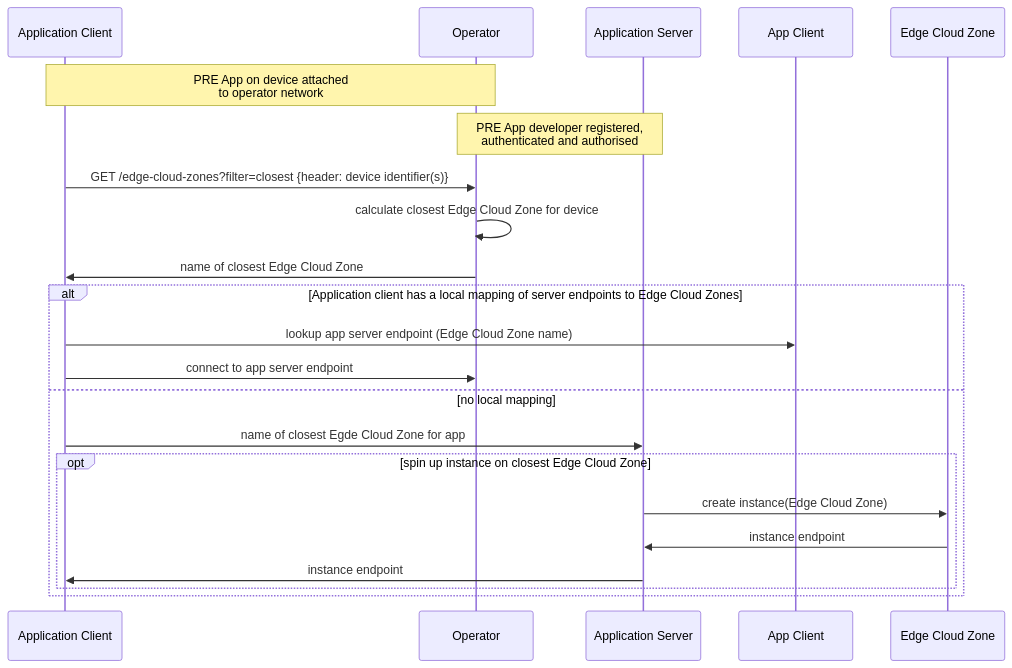
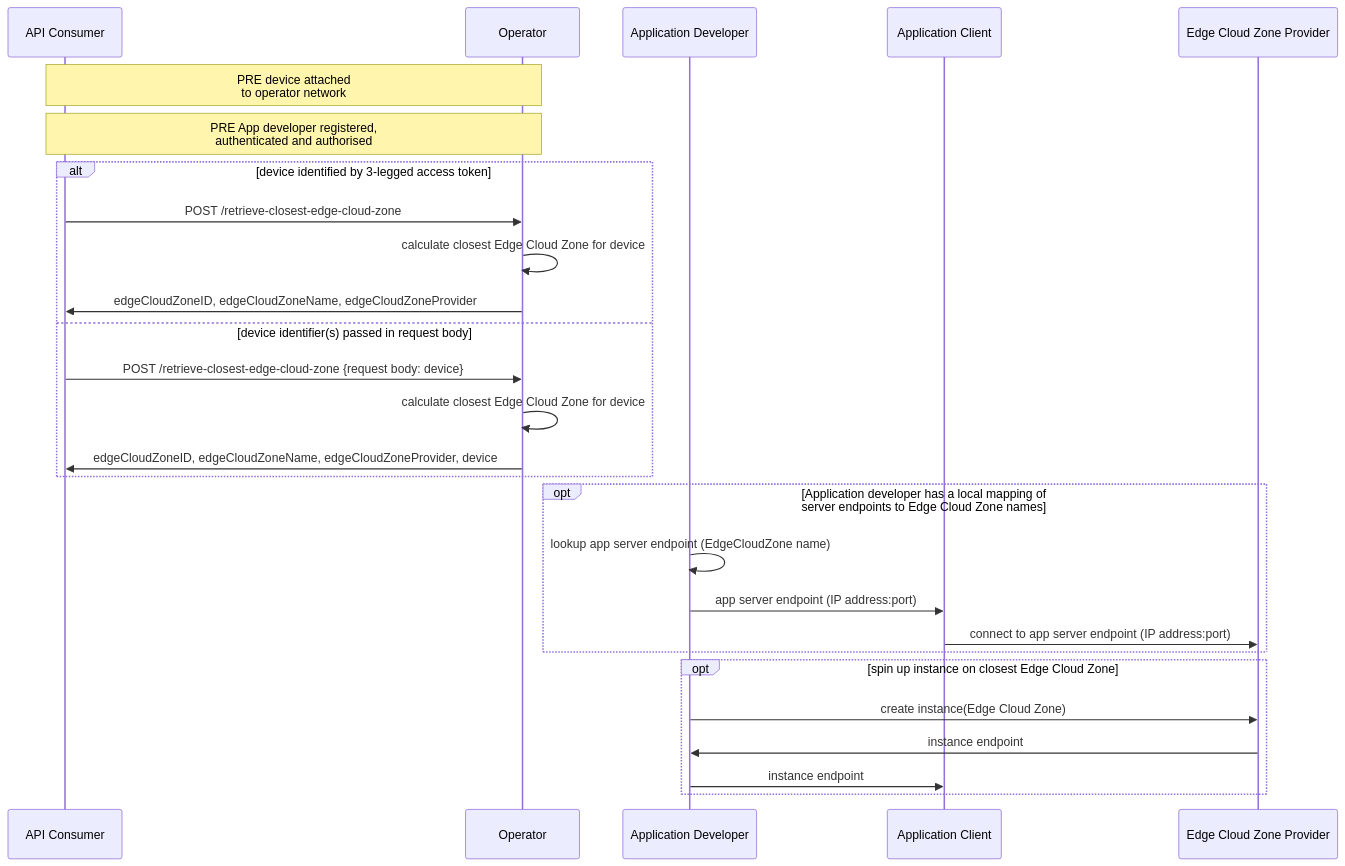
Before and after one commit to camaraproject/SimpleEdgeDiscovery: the diagram in documentation/API_documentation/SimpleEdgeDiscovery_User_Story.md, drawn with Mermaid. The commit also changed other lines of this file, not shown here.

Commit message:
Updated User Story to reflect change to POST operation and new device identifier model

````diff
--- a/documentation/API_documentation/SimpleEdgeDiscovery_User_Story.md
+++ b/documentation/API_documentation/SimpleEdgeDiscovery_User_Story.md
@@ -26,19 +25,24 @@
 ```mermaid
 sequenceDiagram
-    Note over Application Client,Operator: PRE App on device attached <br/> to operator network
-    Note over Application Server,Operator: PRE App developer registered, <br/> authenticated and authorised
-    Application Client->>Operator: GET /edge-cloud-zones?filter=closest {header: device identifier(s)}
+    Note over API Consumer, Operator: PRE device attached <br/> to operator network
+    Note over API Consumer, Operator: PRE App developer registered, <br/> authenticated and authorised
+   alt device identified by 3-legged access token
+    API Consumer->>Operator: POST /retrieve-closest-edge-cloud-zone
     Operator->>Operator: calculate closest Edge Cloud Zone for device
-    Operator->>Application Client: name of closest Edge Cloud Zone
-   alt Application client has a local mapping of server endpoints to Edge Cloud Zones
-    Application Client->>App Client: lookup app server endpoint (Edge Cloud Zone name)
-    Application Client->>Operator: connect to app server endpoint
-   else no local mapping
-    Application Client->>Application Server: name of closest Egde Cloud Zone for app
-    opt spin up instance on closest Edge Cloud Zone
-     Application Server->>Edge Cloud Zone: create instance(Edge Cloud Zone)
-     Edge Cloud Zone->>Application Server: instance endpoint
-     Application Server->>Application Client: instance endpoint
-    end
+    Operator->>API Consumer: edgeCloudZoneID, edgeCloudZoneName, edgeCloudZoneProvider
+   else device identifier(s) passed in request body
+    API Consumer->>Operator: POST /retrieve-closest-edge-cloud-zone {request body: device}
+    Operator->>Operator: calculate closest Edge Cloud Zone for device
+    Operator->>API Consumer: edgeCloudZoneID, edgeCloudZoneName, edgeCloudZoneProvider, device
+   end
+   opt Application developer has a local mapping of server endpoints to Edge Cloud Zone names
+    Application Developer->>Application Developer: lookup app server endpoint (EdgeCloudZone name)
+    Application Developer->>Application Client: app server endpoint (IP address:port)
+    Application Client->>Edge Cloud Zone Provider: connect to app server endpoint (IP address:port)
+   end
+   opt spin up instance on closest Edge Cloud Zone
+    Application Developer->>Edge Cloud Zone Provider: create instance(Edge Cloud Zone)
+    Edge Cloud Zone Provider->>Application Developer: instance endpoint
+    Application Developer->>Application Client: instance endpoint
    end
 ```
````
